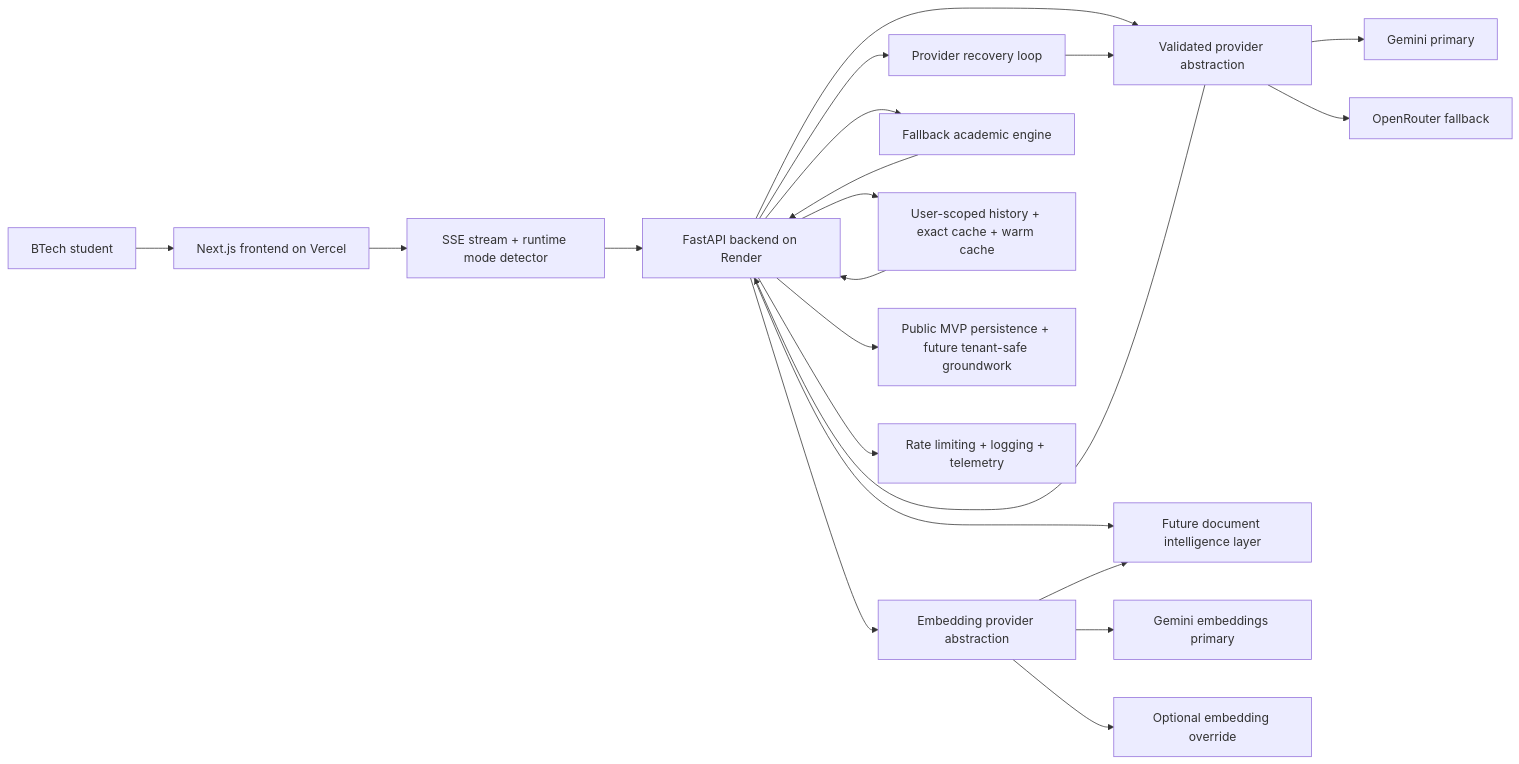
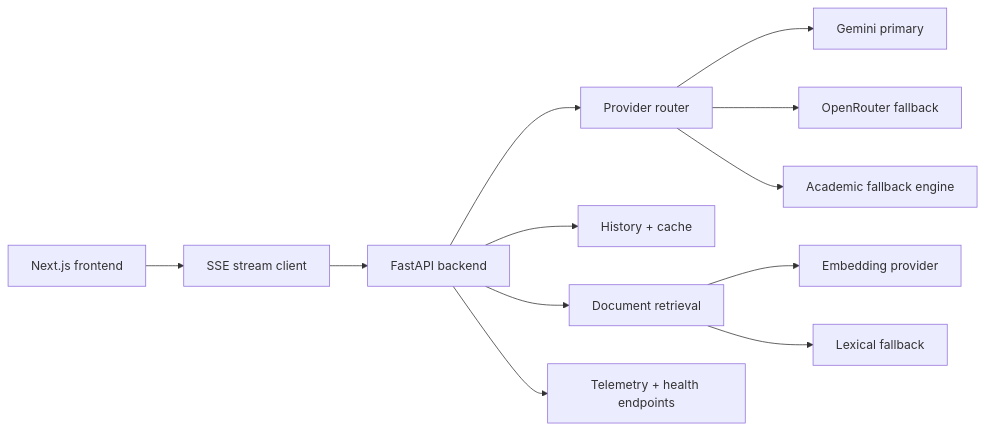
One commit to tauqxxr7/scholr changed the first of 2 diagrams in README.md. Above: the diagram before and after it, drawn with Mermaid. The commit also changed other lines of this file and 7 other files, not shown here.

Commit message:
docs: streamline README screenshots and architecture overview

````diff
--- a/README.md
+++ b/README.md
@@ -312,23 +45,14 @@
 ```mermaid
 flowchart LR
-    User["BTech student"] --> Frontend["Next.js frontend on Vercel"]
-    Frontend --> Stream["SSE stream + runtime mode detector"]
-    Stream --> Backend["FastAPI backend on Render"]
-    Backend --> Provider["Validated provider abstraction"]
-    Backend --> Embeddings["Embedding provider abstraction"]
-    Backend --> Recovery["Provider recovery loop"]
-    Backend --> Fallback["Fallback academic engine"]
-    Backend --> Cache["User-scoped history + exact cache + warm cache"]
-    Backend --> Tenancy["Public MVP persistence + future tenant-safe groundwork"]
-    Backend --> RAG["Future document intelligence layer"]
-    Backend --> Logs["Rate limiting + logging + telemetry"]
-    Provider --> Gemini["Gemini primary"]
-    Provider --> OpenRouter["OpenRouter fallback"]
-    Embeddings --> GemEmbed["Gemini embeddings primary"]
-    Embeddings --> EmbedFallback["Optional embedding override"]
-    Provider --> Backend
-    Embeddings --> RAG
-    Recovery --> Provider
-    Fallback --> Backend
-    Cache --> Backend
+    A["Next.js frontend"] --> B["SSE stream client"]
+    B --> C["FastAPI backend"]
+    C --> D["Provider router"]
+    D --> E["Gemini primary"]
+    D --> F["OpenRouter fallback"]
+    D --> G["Academic fallback engine"]
+    C --> H["History + cache"]
+    C --> I["Document retrieval"]
+    I --> J["Embedding provider"]
+    I --> K["Lexical fallback"]
+    C --> L["Telemetry + health endpoints"]
 ```
````
